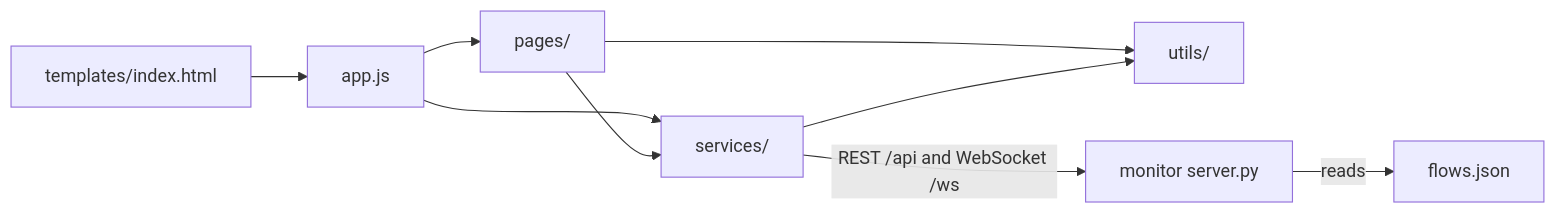
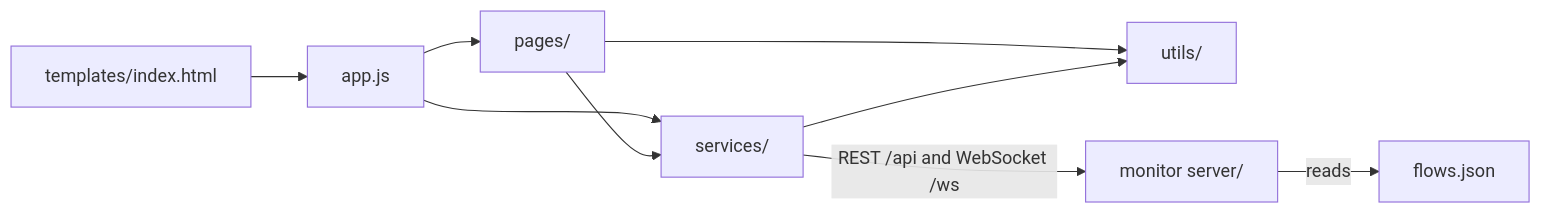
The diagram in src/fsm_llm/monitor/static/README.md (NikolasMarkou/fsm_llm), drawn with Mermaid before and after one commit. The commit also changed 39 other files, not shown here.

````diff
--- a/src/fsm_llm/monitor/static/README.md
+++ b/src/fsm_llm/monitor/static/README.md
@@ -11,11 +11,11 @@
 ```mermaid
 flowchart LR
     HTML[templates/index.html] --> App[app.js]
     App --> Pages[pages/]
     App --> Services[services/]
     Pages --> Services
     Pages --> Utils[utils/]
     Services --> Utils
-    Services -- REST /api and WebSocket /ws --> Server[monitor server.py]
+    Services -- REST /api and WebSocket /ws --> Server[monitor server/]
     Server -- reads --> Flows[flows.json]
 ```
````
